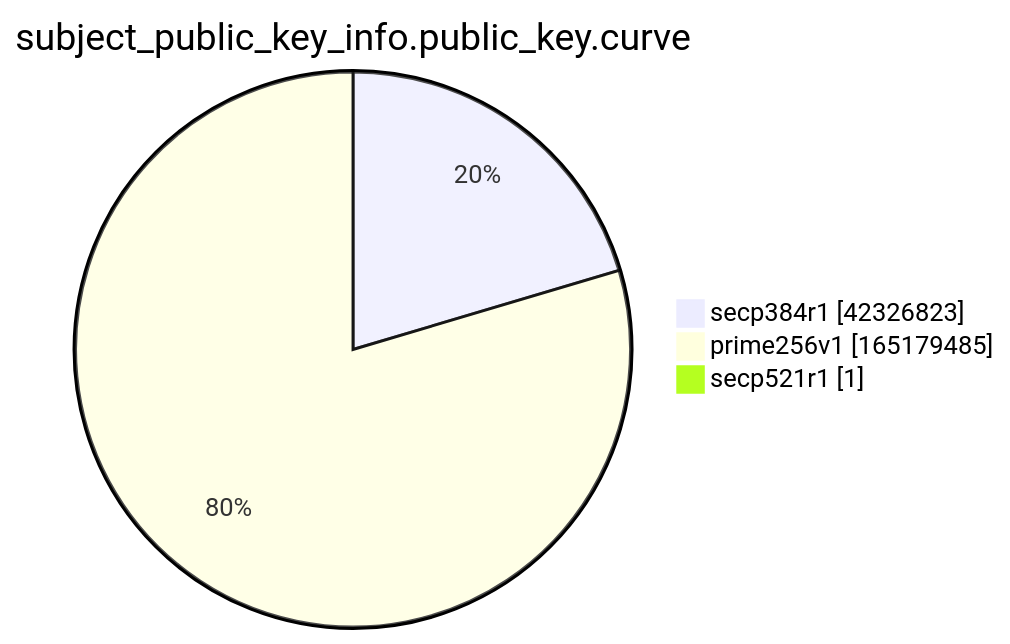
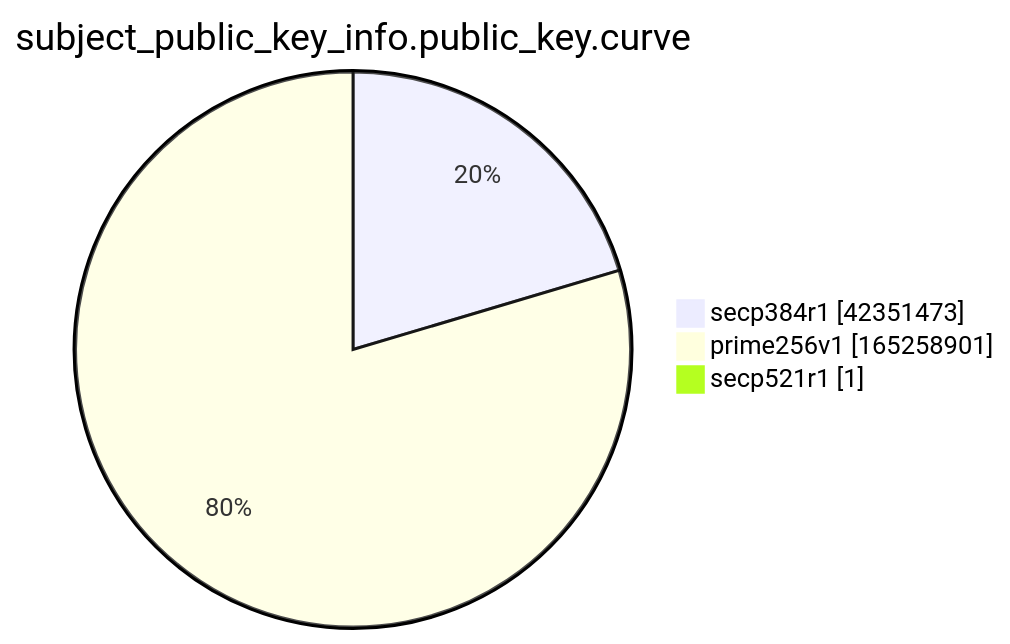
One commit to christiankrug/ctmonitor_visualization changed the ninth of 15 diagrams in xenon2022/README.md. Above: the diagram before and after it, drawn with Mermaid. The commit also changed other lines of this file, not shown here.

````diff
--- a/xenon2022/README.md
+++ b/xenon2022/README.md
@@ -2869,7 +2869,7 @@
 ```mermaid
 pie showData
 title subject_public_key_info.public_key.curve
-"secp384r1" :42326823
-"prime256v1" :165179485
+"secp384r1" :42351473
+"prime256v1" :165258901
 "secp521r1" :1
 ```
````
